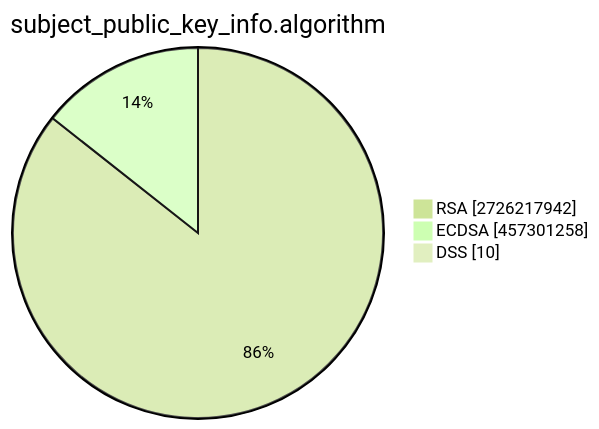
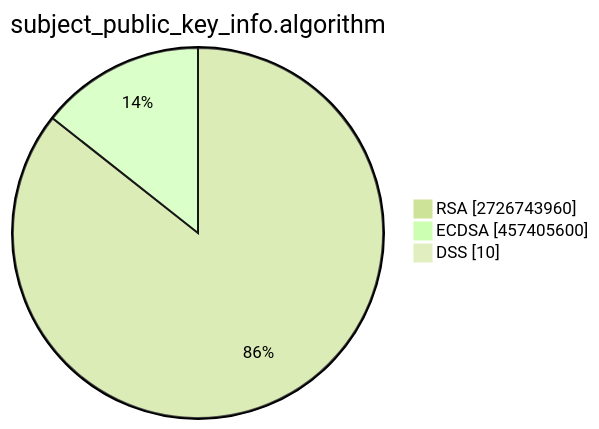
One commit to christiankrug/ctmonitor_visualization changed the second of 15 diagrams in TOTAL/README.md. Above: the diagram before and after it, drawn with Mermaid (forest theme). The commit also changed other lines of this file, not shown here.

````diff
--- a/TOTAL/README.md
+++ b/TOTAL/README.md
@@ -6,7 +6,7 @@
 ```mermaid
 pie showData
 title subject_public_key_info.algorithm
-"RSA" :2726217942
-"ECDSA" :457301258
+"RSA" :2726743960
+"ECDSA" :457405600
 "DSS" :10
 ```
````
